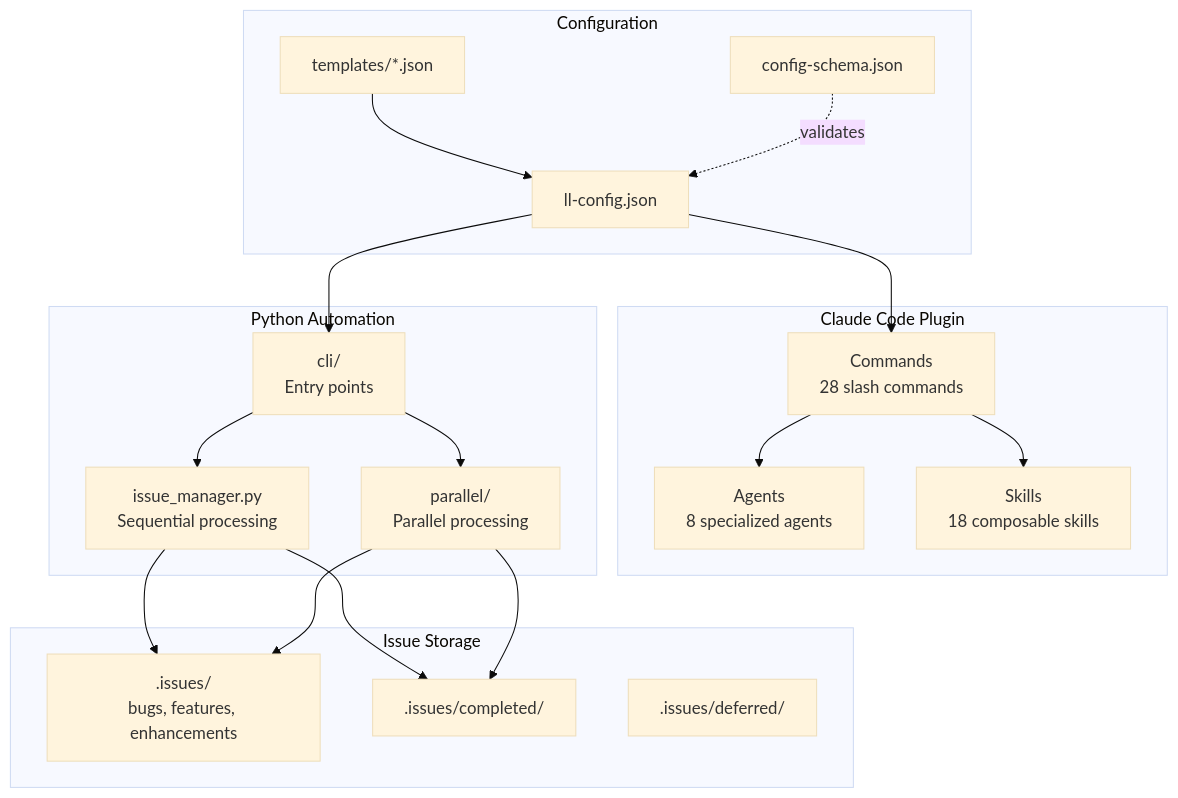
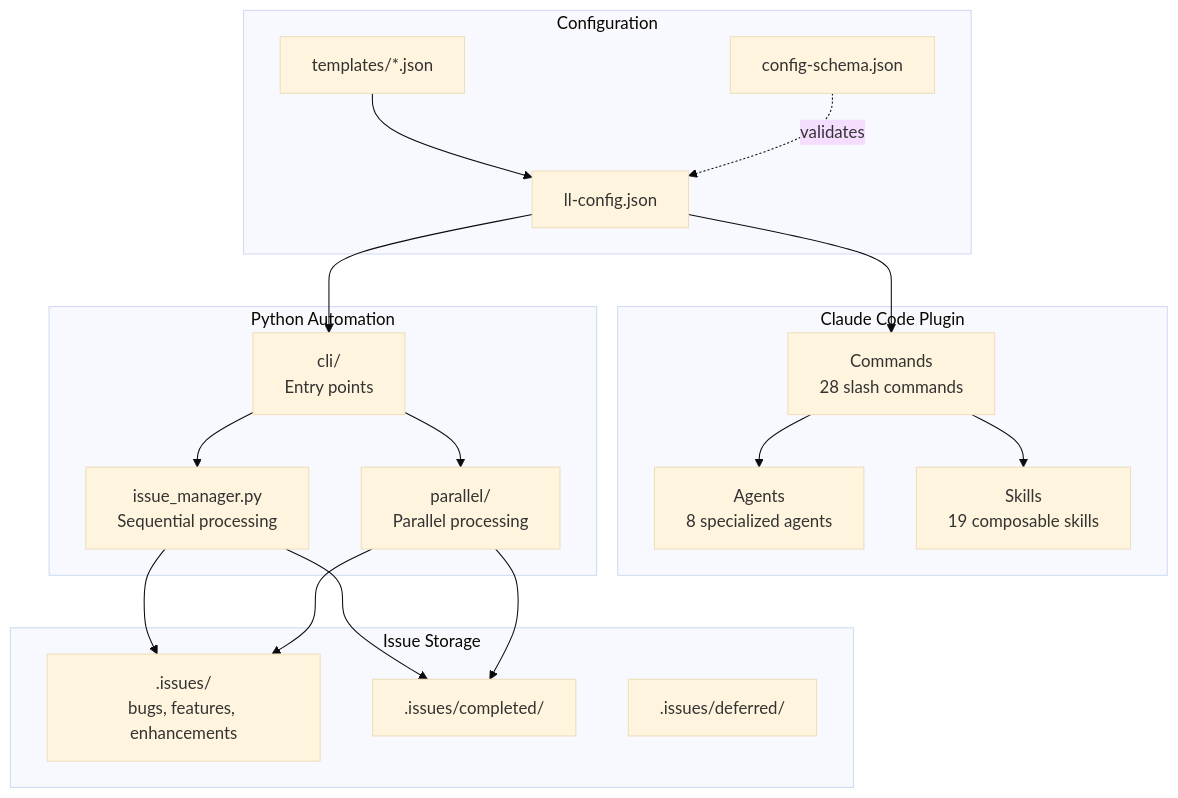
One commit to BrennonTWilliams/little-loops changed the first of 13 diagrams in docs/ARCHITECTURE.md. Above: the diagram before and after it, drawn with Mermaid (base theme). The commit also changed other lines of this file and 6 other files, not shown here.

````diff
--- a/docs/ARCHITECTURE.md
+++ b/docs/ARCHITECTURE.md
@@ -21,39 +21,39 @@
 ```mermaid
 flowchart TB
     subgraph "Claude Code Plugin"
         CMD[Commands<br/>28 slash commands]
         AGT[Agents<br/>8 specialized agents]
-        SKL[Skills<br/>18 composable skills]
+        SKL[Skills<br/>19 composable skills]
     end
 
     subgraph "Configuration"
         CFG[ll-config.json]
         SCHEMA[config-schema.json]
         TPL[templates/*.json]
     end
 
     subgraph "Python Automation"
         CLI[cli/<br/>Entry points]
         AUTO[issue_manager.py<br/>Sequential processing]
         PARALLEL[parallel/<br/>Parallel processing]
     end
 
     subgraph "Issue Storage"
         ISSUES[.issues/<br/>bugs, features, enhancements]
         COMPLETED[.issues/completed/]
         DEFERRED[.issues/deferred/]
     end
 
     CFG --> CMD
     TPL --> CFG
     SCHEMA -.->|validates| CFG
     CFG --> CLI
     CMD --> AGT
     CMD --> SKL
     CLI --> AUTO
     CLI --> PARALLEL
     AUTO --> ISSUES
     PARALLEL --> ISSUES
     AUTO --> COMPLETED
     PARALLEL --> COMPLETED
 ```
````
